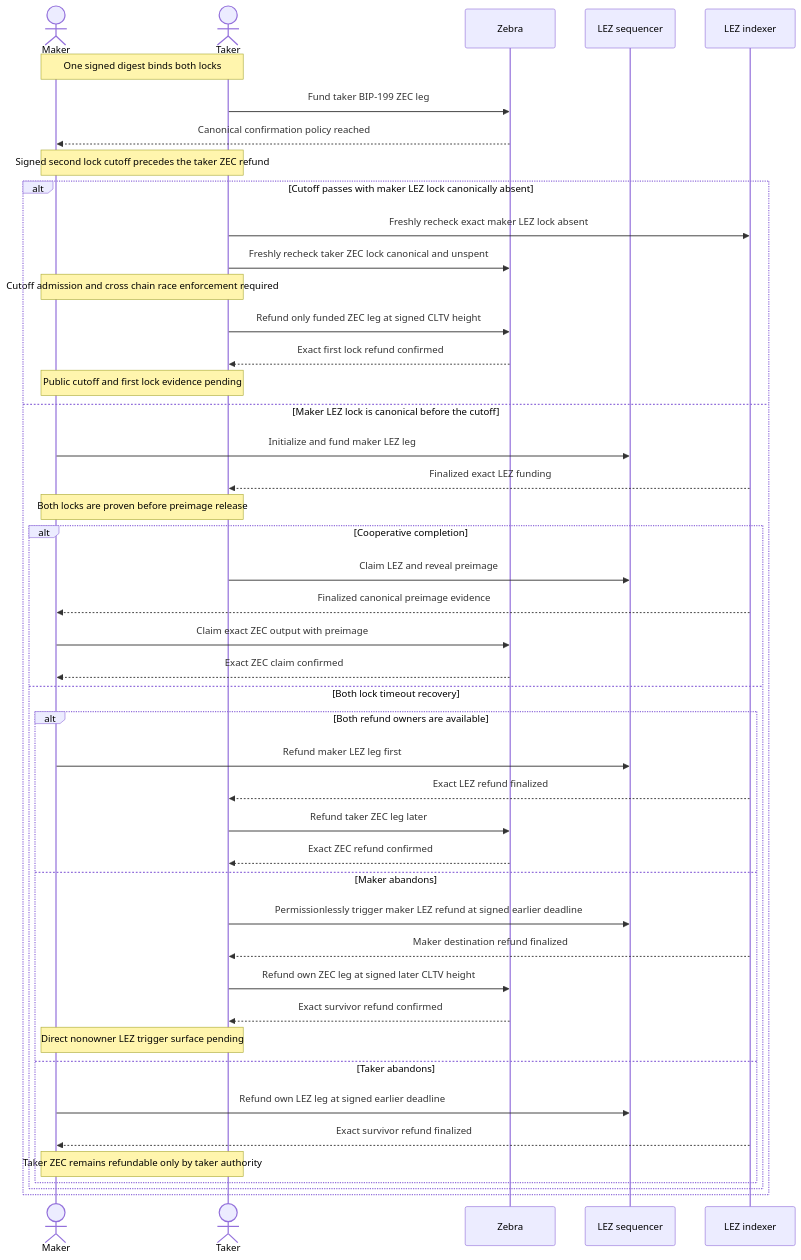
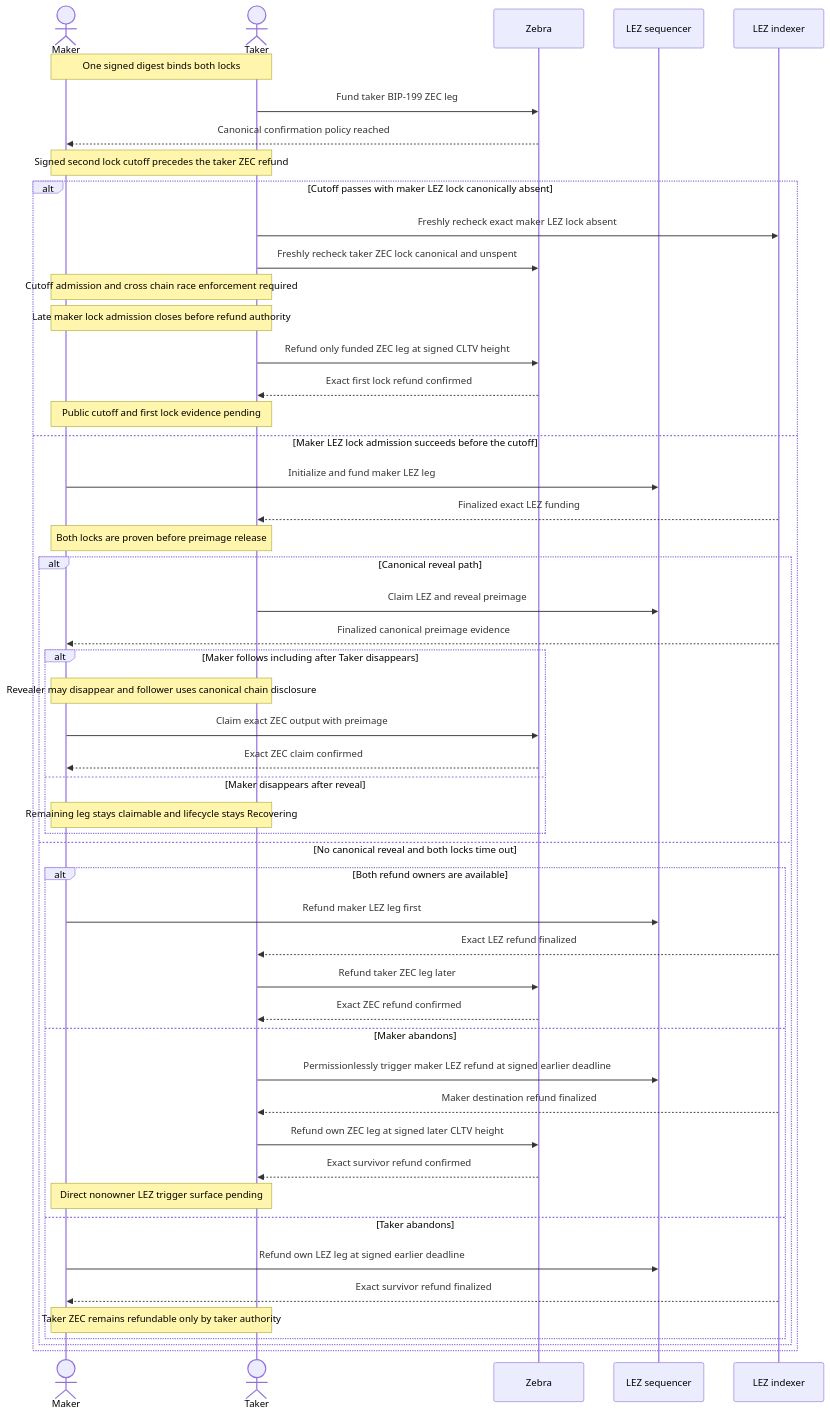
One commit to gateway-fm/lez-atomic-swaps changed diagram 14 of 21 in docs/architecture/system-architecture.md. Above: the diagram before and after it, drawn with Mermaid. The commit also changed other lines of this file and 25 other files, not shown here.

Commit message:
feat: gate first-lock recovery on canonical absence

````diff
--- a/docs/architecture/system-architecture.md
+++ b/docs/architecture/system-architecture.md
@@ -1380,48 +1424,54 @@
 ```mermaid
 sequenceDiagram
     actor Maker
     actor Taker
     participant Zebra as Zebra
     participant LezSeq as LEZ sequencer
     participant LezIdx as LEZ indexer
 
     Note over Maker,Taker: One signed digest binds both locks
     Taker->>Zebra: Fund taker BIP-199 ZEC leg
     Zebra-->>Maker: Canonical confirmation policy reached
     Note over Maker,Taker: Signed second lock cutoff precedes the taker ZEC refund
     alt Cutoff passes with maker LEZ lock canonically absent
         Taker->>LezIdx: Freshly recheck exact maker LEZ lock absent
         Taker->>Zebra: Freshly recheck taker ZEC lock canonical and unspent
         Note over Maker,Taker: Cutoff admission and cross chain race enforcement required
+        Note over Maker,Taker: Late maker lock admission closes before refund authority
         Taker->>Zebra: Refund only funded ZEC leg at signed CLTV height
         Zebra-->>Taker: Exact first lock refund confirmed
         Note over Maker,Taker: Public cutoff and first lock evidence pending
-    else Maker LEZ lock is canonical before the cutoff
+    else Maker LEZ lock admission succeeds before the cutoff
         Maker->>LezSeq: Initialize and fund maker LEZ leg
         LezIdx-->>Taker: Finalized exact LEZ funding
         Note over Maker,Taker: Both locks are proven before preimage release
-        alt Cooperative completion
+        alt Canonical reveal path
             Taker->>LezSeq: Claim LEZ and reveal preimage
             LezIdx-->>Maker: Finalized canonical preimage evidence
-            Maker->>Zebra: Claim exact ZEC output with preimage
-            Zebra-->>Maker: Exact ZEC claim confirmed
-        else Both lock timeout recovery
+            alt Maker follows including after Taker disappears
+                Note over Maker,Taker: Revealer may disappear and follower uses canonical chain disclosure
+                Maker->>Zebra: Claim exact ZEC output with preimage
+                Zebra-->>Maker: Exact ZEC claim confirmed
+            else Maker disappears after reveal
+                Note over Maker,Taker: Remaining leg stays claimable and lifecycle stays Recovering
+            end
+        else No canonical reveal and both locks time out
             alt Both refund owners are available
                 Maker->>LezSeq: Refund maker LEZ leg first
                 LezIdx-->>Taker: Exact LEZ refund finalized
                 Taker->>Zebra: Refund taker ZEC leg later
                 Zebra-->>Taker: Exact ZEC refund confirmed
             else Maker abandons
                 Taker->>LezSeq: Permissionlessly trigger maker LEZ refund at signed earlier deadline
                 LezIdx-->>Taker: Maker destination refund finalized
                 Taker->>Zebra: Refund own ZEC leg at signed later CLTV height
                 Zebra-->>Taker: Exact survivor refund confirmed
                 Note over Maker,Taker: Direct nonowner LEZ trigger surface pending
             else Taker abandons
                 Maker->>LezSeq: Refund own LEZ leg at signed earlier deadline
                 LezIdx-->>Maker: Exact survivor refund finalized
                 Note over Maker,Taker: Taker ZEC remains refundable only by taker authority
             end
         end
     end
 ```
````
